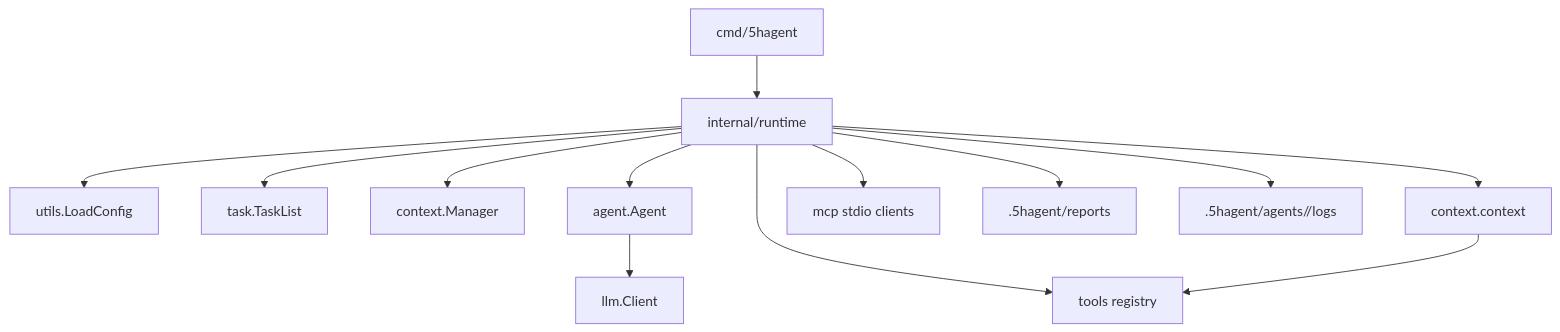
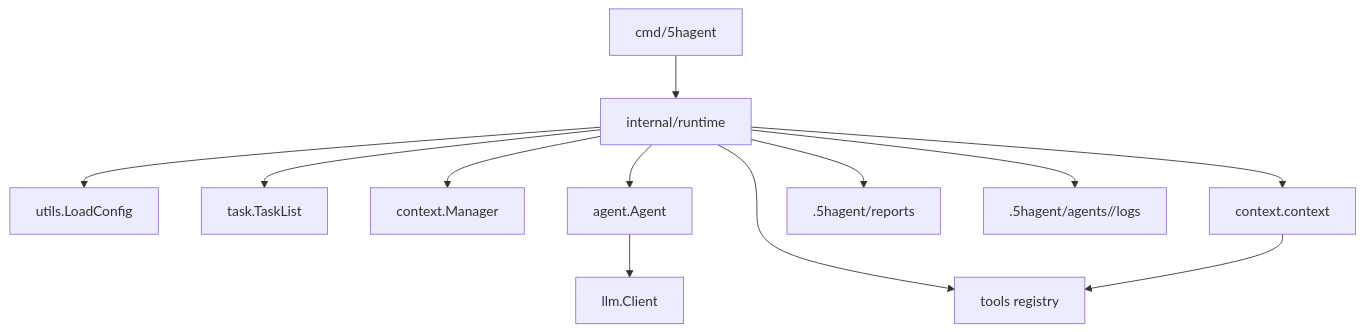
One commit to Ozqi/5hAgent changed the diagram in doc/runtime.md. Above: the diagram before and after it, drawn with Mermaid. The commit also changed other lines of this file and 31 other files, not shown here.

````diff
--- a/doc/runtime.md
+++ b/doc/runtime.md
@@ -10,15 +10,14 @@
 ```mermaid
 flowchart TD
   CLI[cmd/5hagent] --> Runtime[internal/runtime]
   Runtime --> Config[utils.LoadConfig]
   Runtime --> Task[task.TaskList]
   Runtime --> Ctx[context.Manager]
   Runtime --> Agent[agent.Agent]
   Runtime --> Tools[tools registry]
   Runtime --> CtxTool[context.context]
-  Runtime --> MCP[mcp stdio clients]
   Runtime --> Report[.5hagent/reports]
   Runtime --> WorkLog[.5hagent/agents/<agent>/logs]
   Agent --> LLM[llm.Client]
   CtxTool --> Tools
 ```
````
